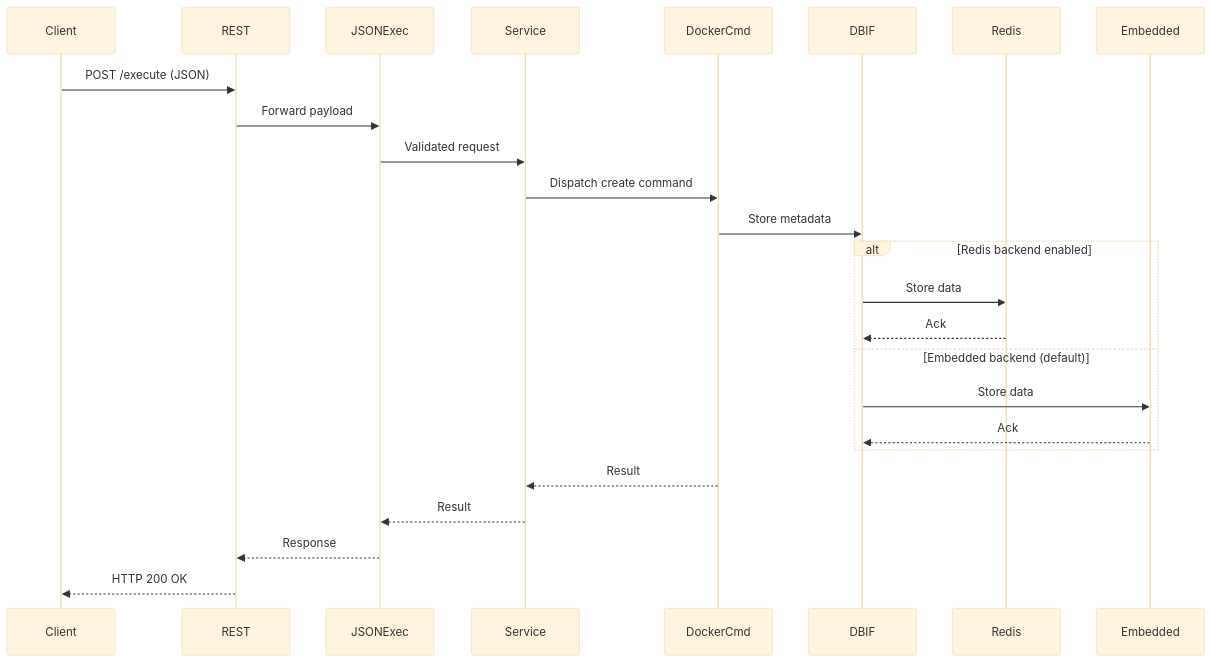
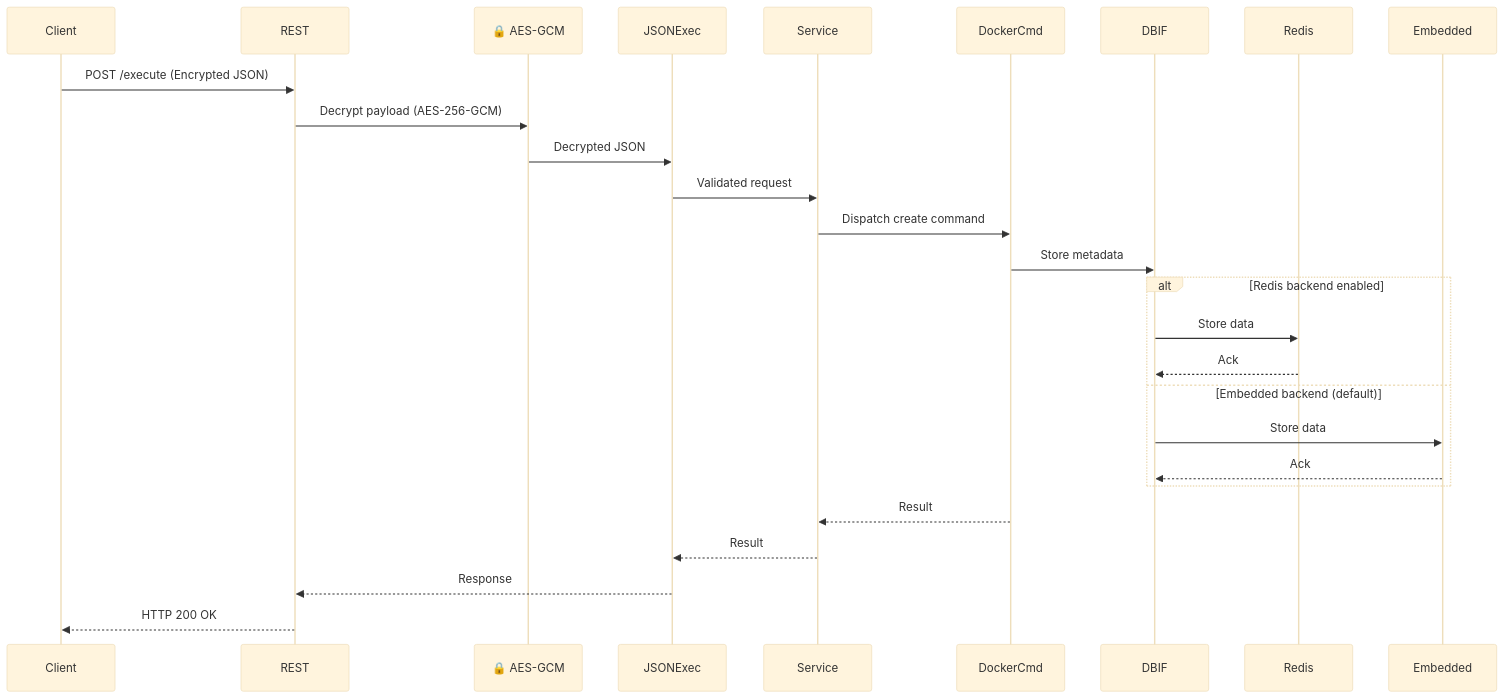
Before and after one commit to Komal-kalyanraman/container_manager: the fifth of 6 diagrams in docs/architecture/architecture_diagram.md, drawn with Mermaid (base theme). The commit also changed other lines of this file and 20 other files, not shown here.

Commit message:
Implemented AES-256-GCM encryption decryption. - Modified README.md to document new security features and usage examples for encryption. - Updated architecture documentation to reflect the new security layer and its integration with existing protocols.

````diff
--- a/docs/architecture/architecture_diagram.md
+++ b/docs/architecture/architecture_diagram.md
@@ -165,28 +192,30 @@
 ```mermaid
 sequenceDiagram
     participant Client
     participant REST
+    participant ENCRYPT as 🔒 AES-GCM
     participant JSONExec
     participant Service
     participant DockerCmd
     participant DBIF
     participant Redis
     participant Embedded
 
-    Client->>REST: POST /execute (JSON)
-    REST->>JSONExec: Forward payload
+    Client->>REST: POST /execute (Encrypted JSON)
+    REST->>ENCRYPT: Decrypt payload (AES-256-GCM)
+    ENCRYPT->>JSONExec: Decrypted JSON
     JSONExec->>Service: Validated request
     Service->>DockerCmd: Dispatch create command
     DockerCmd->>DBIF: Store metadata
     alt Redis backend enabled
         DBIF->>Redis: Store data
         Redis-->>DBIF: Ack
     else Embedded backend (default)
         DBIF->>Embedded: Store data
         Embedded-->>DBIF: Ack
     end
     DockerCmd-->>Service: Result
     Service-->>JSONExec: Result
     JSONExec-->>REST: Response
     REST-->>Client: HTTP 200 OK
 ```
````
